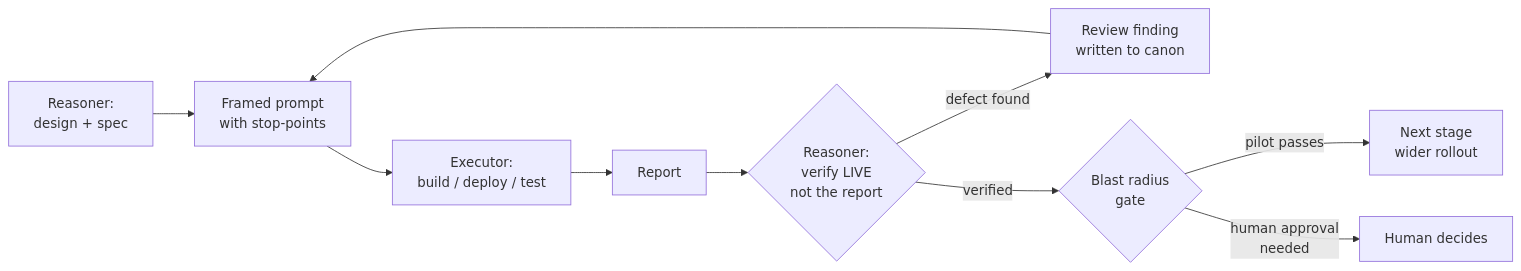
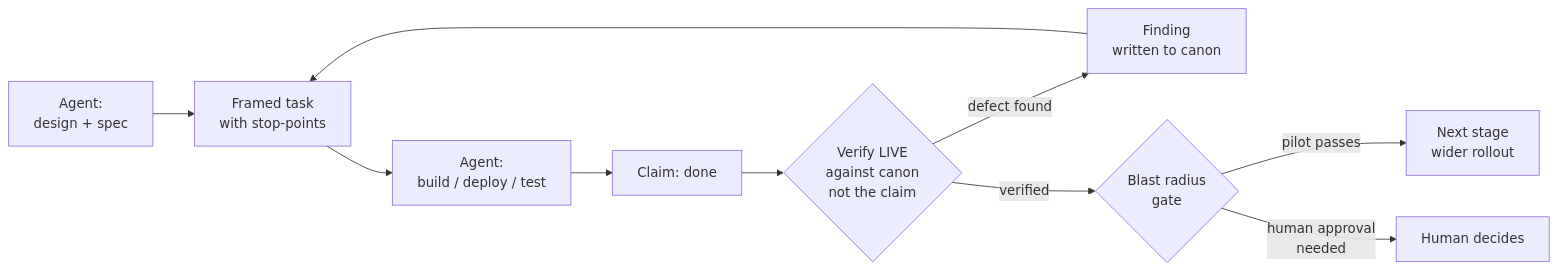
Before and after one commit to rm-w3kufe/state-canon-mcp: the diagram in METHODOLOGY.md, drawn with Mermaid. The commit also changed other lines of this file and 30 other files, not shown here.

````diff
--- a/METHODOLOGY.md
+++ b/METHODOLOGY.md
@@ -73,11 +86,11 @@
 ```mermaid
 flowchart LR
-    D[Reasoner:\ndesign + spec] --> F[Framed prompt\nwith stop-points]
-    F --> E[Executor:\nbuild / deploy / test]
-    E --> R[Report]
-    R --> V{Reasoner:\nverify LIVE\nnot the report}
-    V -- defect found --> C[Review finding\nwritten to canon] --> F
+    D[Agent:\ndesign + spec] --> F[Framed task\nwith stop-points]
+    F --> E[Agent:\nbuild / deploy / test]
+    E --> R[Claim: done]
+    R --> V{Verify LIVE\nagainst canon\nnot the claim}
+    V -- defect found --> C[Finding\nwritten to canon] --> F
     V -- verified --> G{Blast radius\ngate}
     G -- pilot passes --> N[Next stage\nwider rollout]
     G -- human approval\nneeded --> H[Human decides]
 ```
````
